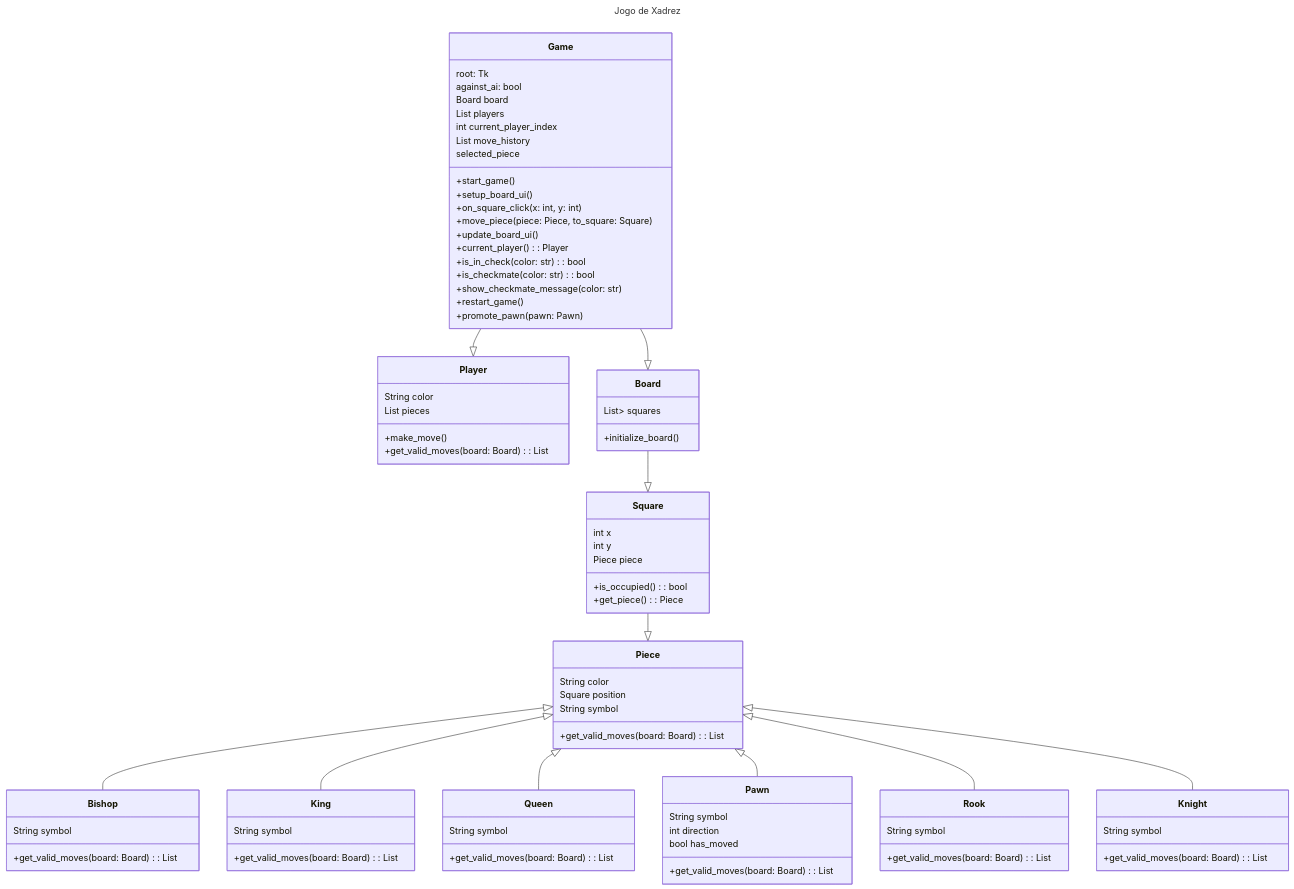
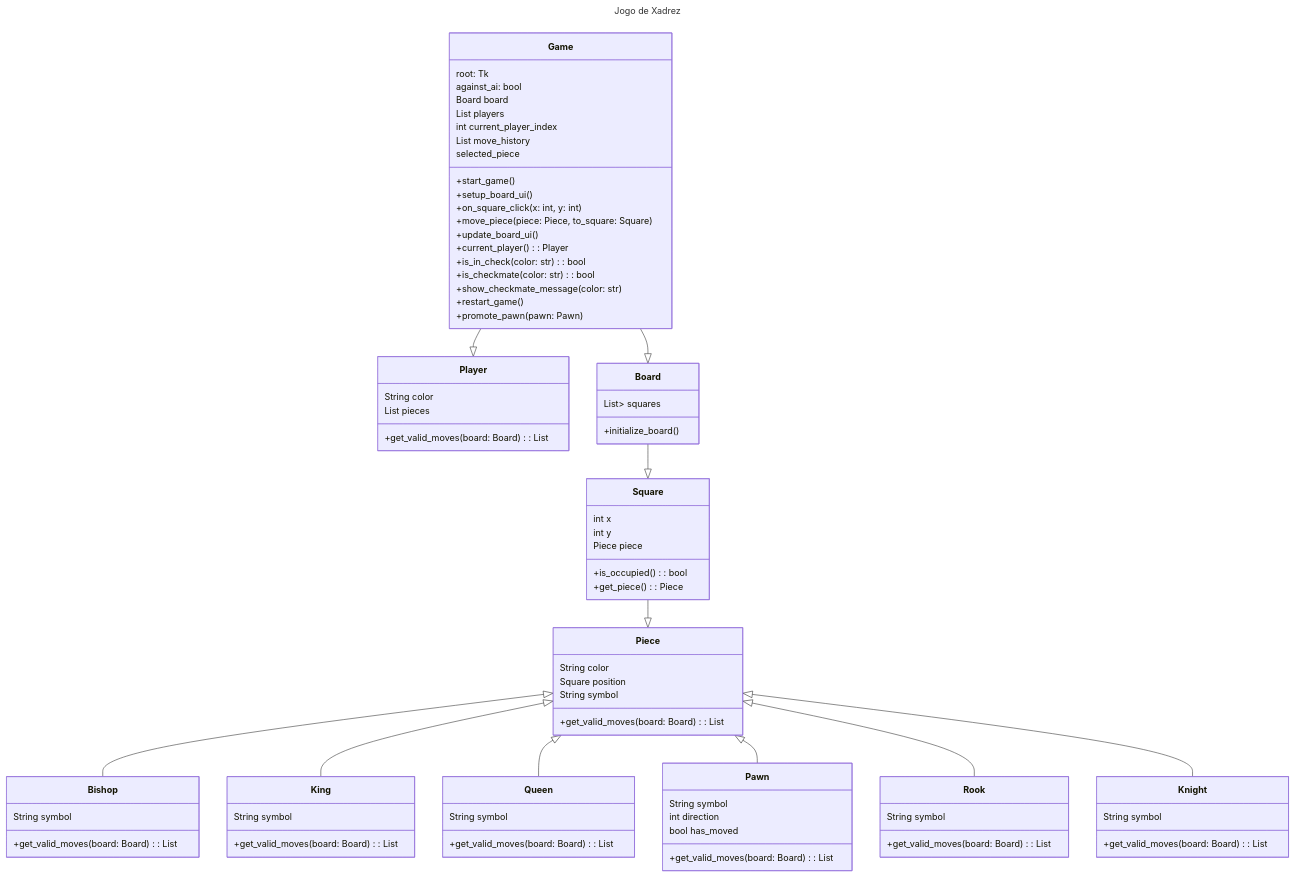
One commit to DenielR/Trab-xadrez changed the diagram in README.md. Above: the diagram before and after it, drawn with Mermaid. The commit also changed 5 other files, not shown here.

```diff
--- a/README.md
+++ b/README.md
@@ -7,7 +7,6 @@
 class Player{
 	String color
 	List pieces
-	+make_move()
 	+get_valid_moves(board: Board): List
 }
 
```
